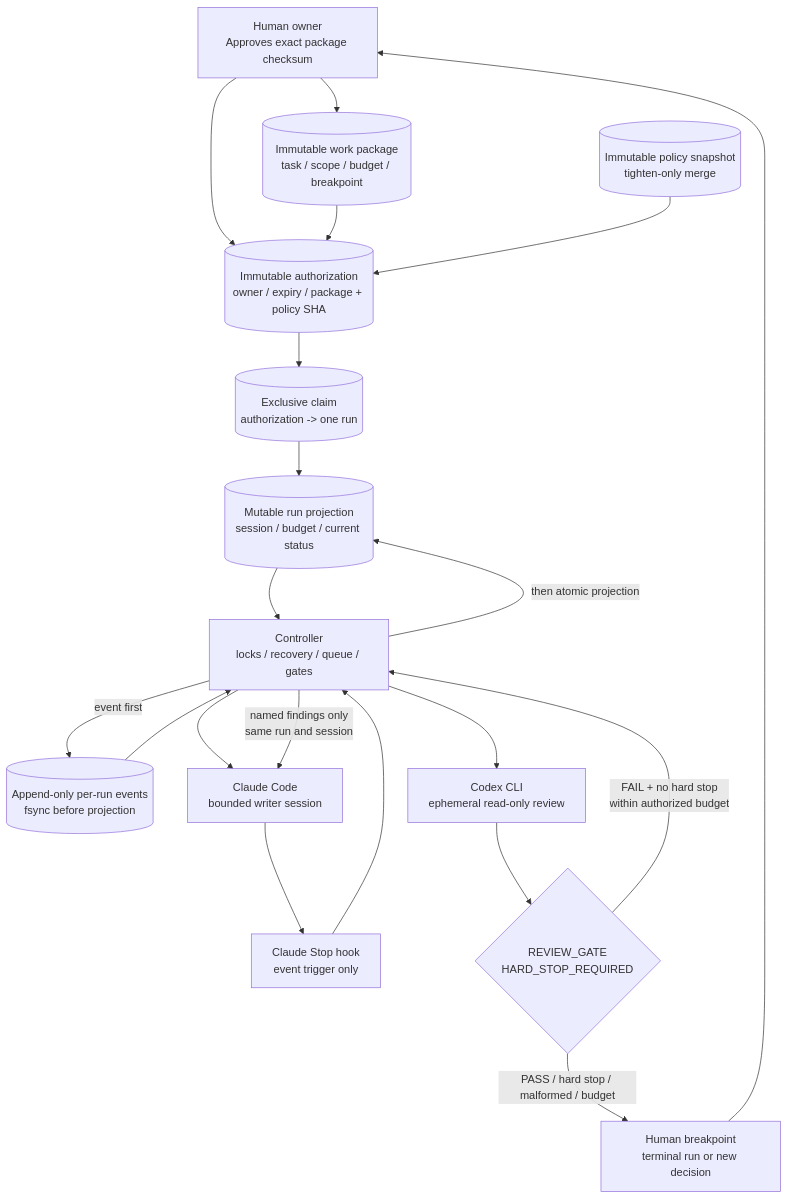
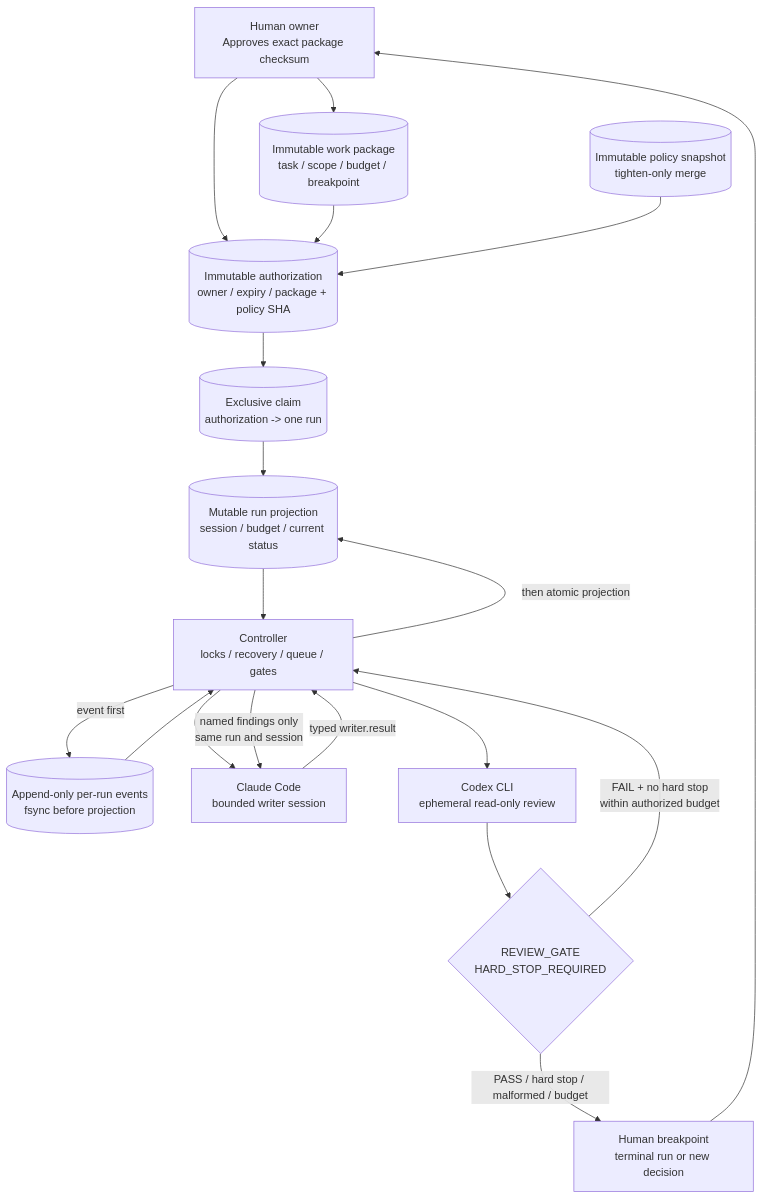
The diagram in docs/architecture.mmd (fortes1219/review-bridge), drawn with Mermaid before and after one commit. The commit also changed 7 other files, not shown here.

Commit message:
update: align the docs with the removed v3 flow and the neutral installer.

```diff
--- a/docs/architecture.mmd
+++ b/docs/architecture.mmd
@@ -1,34 +1,32 @@
 flowchart TD
     O["Human owner<br/>Approves exact package checksum"]
     W[("Immutable work package<br/>task / scope / budget / breakpoint")]
     A[("Immutable authorization<br/>owner / expiry / package + policy SHA")]
     C[("Exclusive claim<br/>authorization -> one run")]
     S[("Immutable policy snapshot<br/>tighten-only merge")]
     U[("Mutable run projection<br/>session / budget / current status")]
     E[("Append-only per-run events<br/>fsync before projection")]
     K["Controller<br/>locks / recovery / queue / gates"]
     CW["Claude Code<br/>bounded writer session"]
-    H["Claude Stop hook<br/>event trigger only"]
     X["Codex CLI<br/>ephemeral read-only review"]
     G{"REVIEW_GATE<br/>HARD_STOP_REQUIRED"}
     B["Human breakpoint<br/>terminal run or new decision"]
 
     O --> W
     O --> A
     W --> A
     S --> A
     A --> C
     C --> U
     U --> K
     E --> K
     K -->|"event first"| E
     K -->|"then atomic projection"| U
     K --> CW
-    CW --> H
-    H --> K
+    CW -->|"typed writer.result"| K
     K --> X
     X --> G
     G -->|"FAIL + no hard stop<br/>within authorized budget"| K
     K -->|"named findings only<br/>same run and session"| CW
     G -->|"PASS / hard stop / malformed / budget"| B
     B --> O
```
